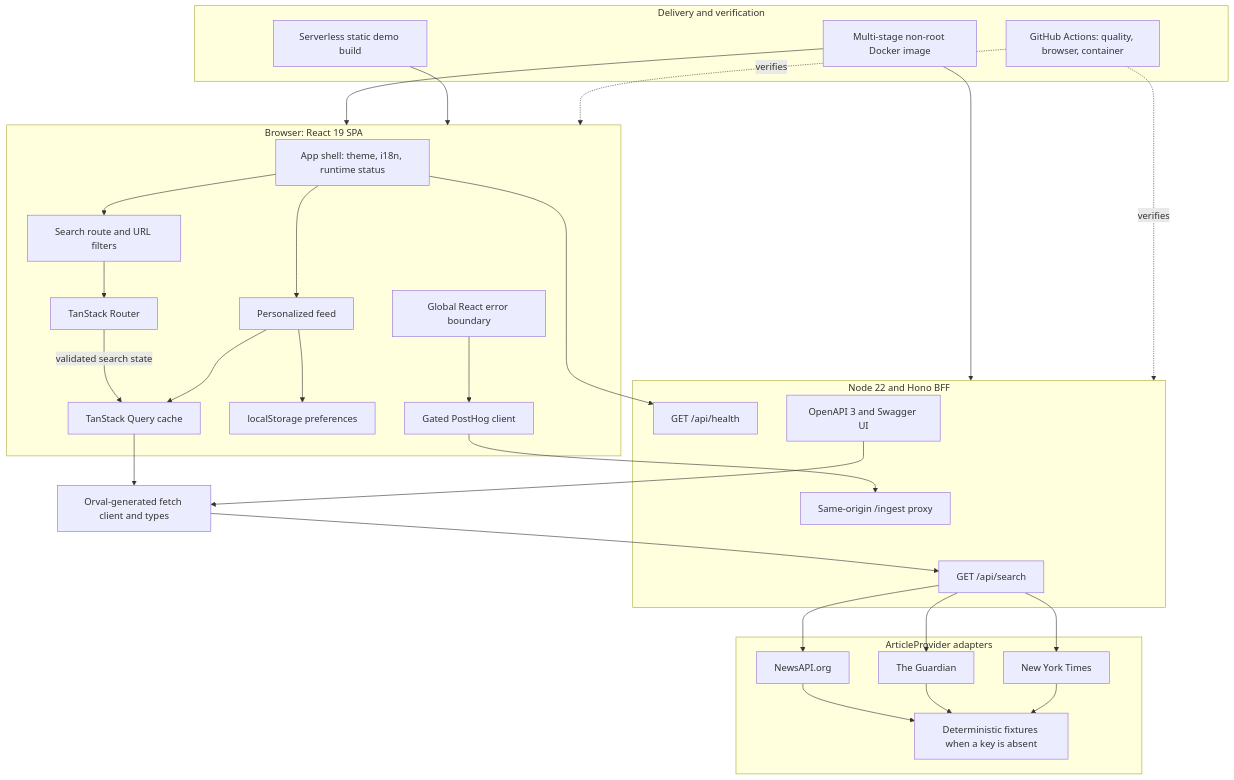
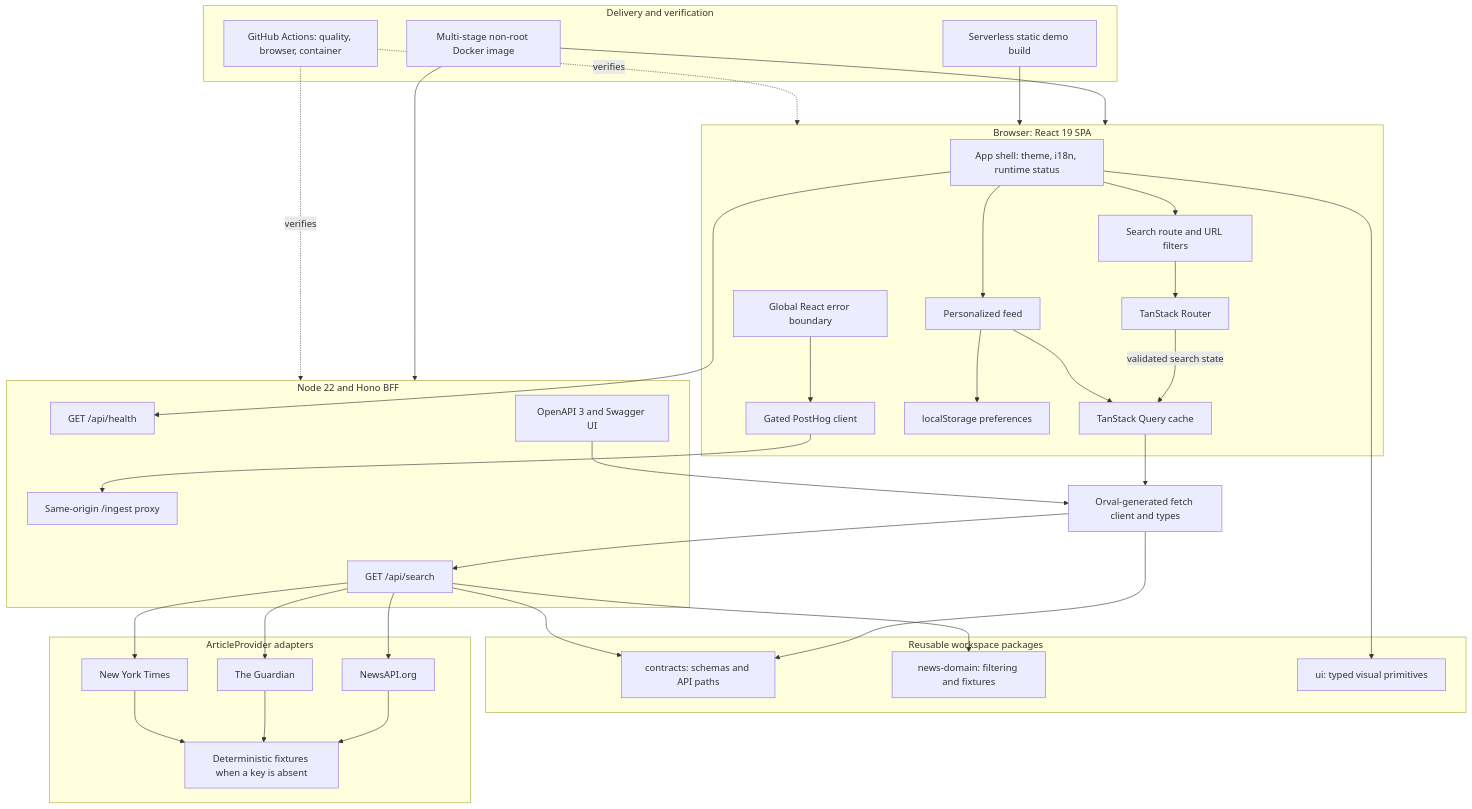
The diagram in README.md (jb-thery/innoscripta-news-aggregator), drawn with Mermaid before and after one commit. The commit also changed other lines of this file and 7 other files, not shown here.

````diff
--- a/README.md
+++ b/README.md
@@ -83,59 +87,69 @@
 ```mermaid
 flowchart TB
   subgraph Browser["Browser: React 19 SPA"]
     Shell["App shell: theme, i18n, runtime status"]
     SearchUI["Search route and URL filters"]
     FeedUI["Personalized feed"]
     Router["TanStack Router"]
     Query["TanStack Query cache"]
     Storage["localStorage preferences"]
     Boundary["Global React error boundary"]
     Analytics["Gated PostHog client"]
 
     Shell --> SearchUI
     Shell --> FeedUI
     SearchUI --> Router
     Router -->|"validated search state"| Query
     FeedUI --> Storage
     FeedUI --> Query
     Boundary --> Analytics
   end
 
   Contract["Orval-generated fetch client and types"]
 
+  subgraph Packages["Reusable workspace packages"]
+    ApiContracts["contracts: schemas and API paths"]
+    NewsDomain["news-domain: filtering and fixtures"]
+    UI["ui: typed visual primitives"]
+  end
+
   subgraph Runtime["Node 22 and Hono BFF"]
     SearchAPI["GET /api/search"]
     HealthAPI["GET /api/health"]
     OpenAPI["OpenAPI 3 and Swagger UI"]
     Ingest["Same-origin /ingest proxy"]
   end
 
   subgraph Providers["ArticleProvider adapters"]
     NewsAPI["NewsAPI.org"]
     Guardian["The Guardian"]
     NYT["New York Times"]
     Fixtures["Deterministic fixtures when a key is absent"]
   end
 
   subgraph Delivery["Delivery and verification"]
     Docker["Multi-stage non-root Docker image"]
     Static["Serverless static demo build"]
     CI["GitHub Actions: quality, browser, container"]
   end
 
   Query --> Contract --> SearchAPI
+  Shell --> UI
+  Contract --> ApiContracts
+  SearchAPI --> ApiContracts
+  SearchAPI --> NewsDomain
   Shell --> HealthAPI
   Analytics --> Ingest
   SearchAPI --> NewsAPI
   SearchAPI --> Guardian
   SearchAPI --> NYT
   NewsAPI --> Fixtures
   Guardian --> Fixtures
   NYT --> Fixtures
   OpenAPI --> Contract
   Docker --> Runtime
   Docker --> Browser
   Static --> Browser
   CI -. verifies .-> Browser
   CI -. verifies .-> Runtime
 ```
````
